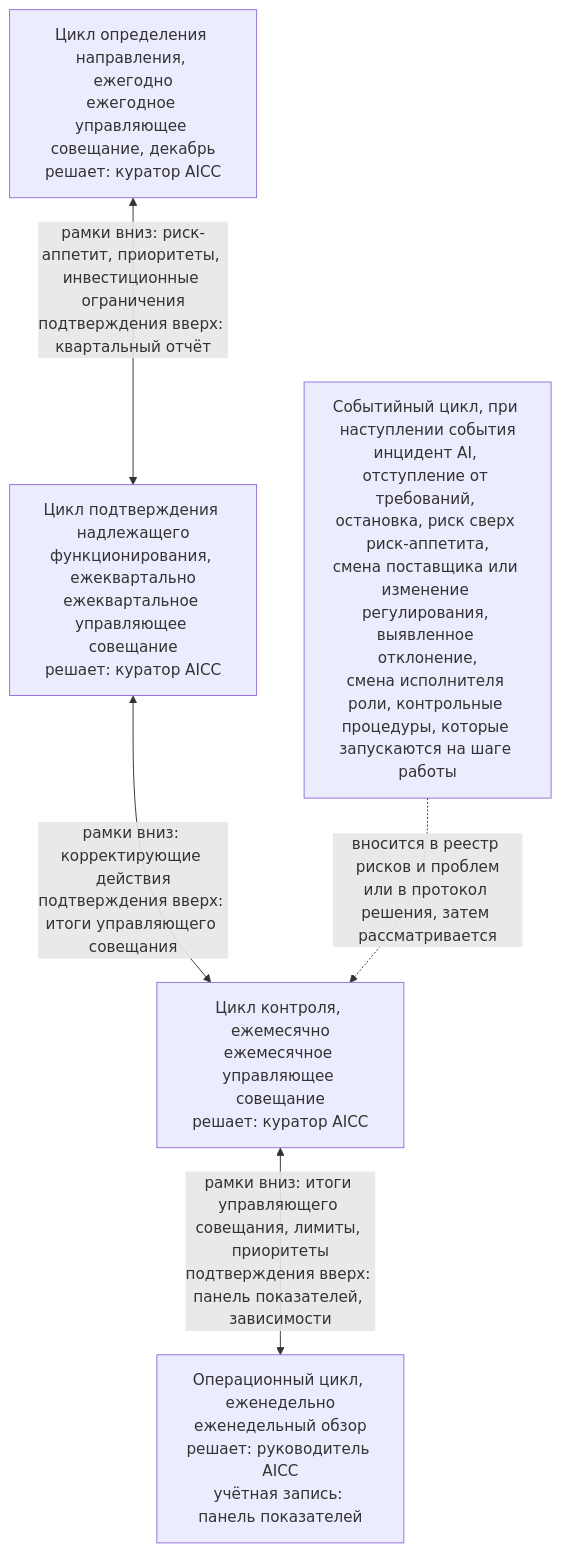
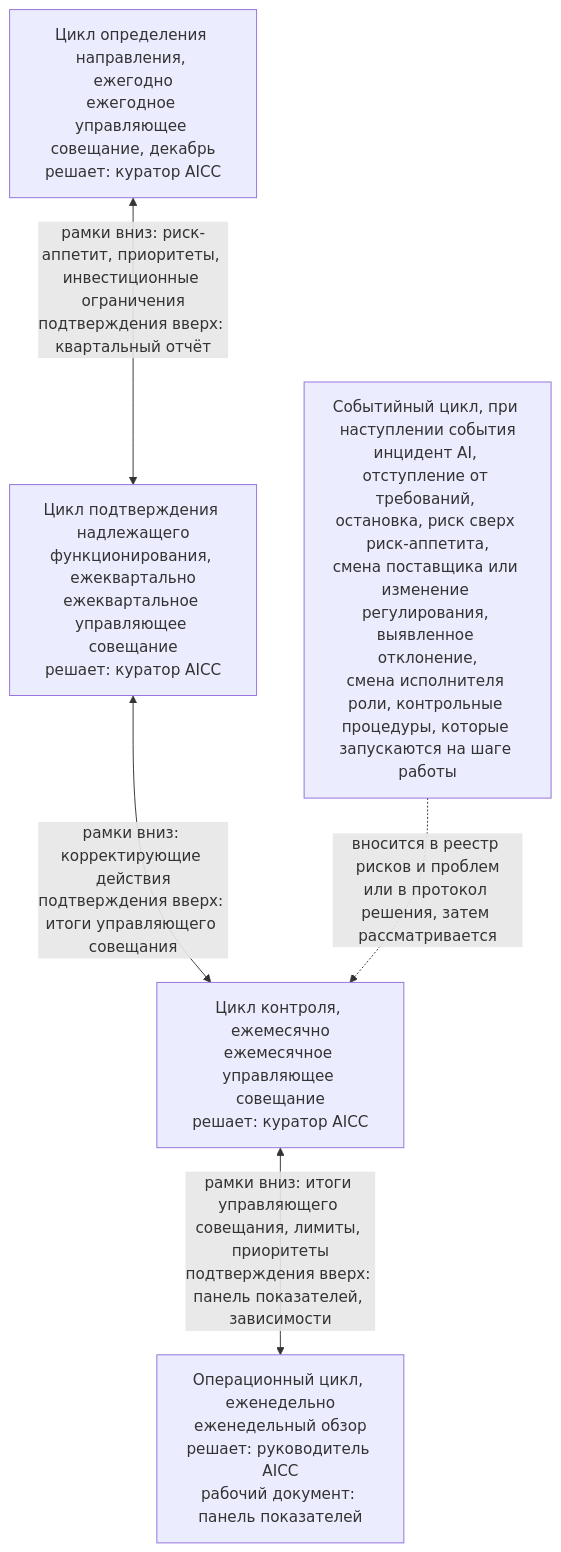
The second of 3 diagrams in charter/ru/guides/unit-governance-guide.md (devhogu/ob-aicc), drawn with Mermaid before and after one commit. The commit also changed other lines of this file and 300 other files, not shown here.

First line of the commit message:
Russian edition: a Record is «рабочий документ»; the charter's documents are «нормативные документы»

````diff
--- a/charter/ru/guides/unit-governance-guide.md
+++ b/charter/ru/guides/unit-governance-guide.md
@@ -52,12 +52,12 @@
 ```mermaid
 flowchart TB
   DI["Цикл определения направления, ежегодно<br/>ежегодное управляющее совещание, декабрь<br/>решает: куратор AICC"]
   AS["Цикл подтверждения надлежащего<br/>функционирования, ежеквартально<br/>ежеквартальное управляющее совещание<br/>решает: куратор AICC"]
   CO["Цикл контроля, ежемесячно<br/>ежемесячное управляющее совещание<br/>решает: куратор AICC"]
-  OP["Операционный цикл, еженедельно<br/>еженедельный обзор<br/>решает: руководитель AICC<br/>учётная запись: панель показателей"]
+  OP["Операционный цикл, еженедельно<br/>еженедельный обзор<br/>решает: руководитель AICC<br/>рабочий документ: панель показателей"]
   DI <-->|"рамки вниз: риск-аппетит, приоритеты, инвестиционные ограничения<br/>подтверждения вверх: квартальный отчёт"| AS
   AS <-->|"рамки вниз: корректирующие действия<br/>подтверждения вверх: итоги управляющего совещания"| CO
   CO <-->|"рамки вниз: итоги управляющего совещания, лимиты, приоритеты<br/>подтверждения вверх: панель показателей, зависимости"| OP
   EV["Событийный цикл, при наступлении события<br/>инцидент AI, отступление от требований, остановка, риск сверх риск-аппетита,<br/>смена поставщика или изменение регулирования, выявленное отклонение,<br/>смена исполнителя роли, контрольные процедуры, которые запускаются на шаге работы"]
   EV -.->|"вносится в реестр рисков и проблем<br/>или в протокол решения, затем рассматривается"| CO
 ```
````
